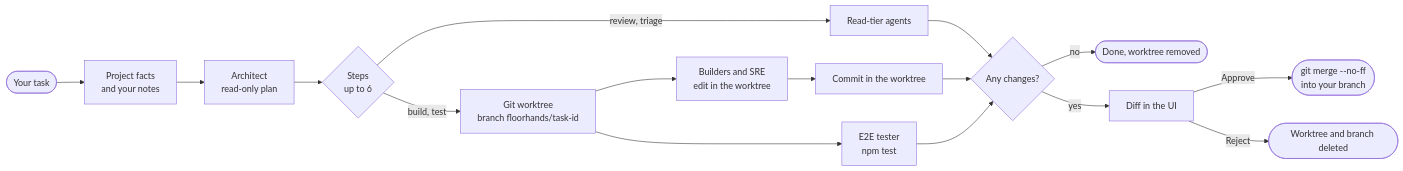
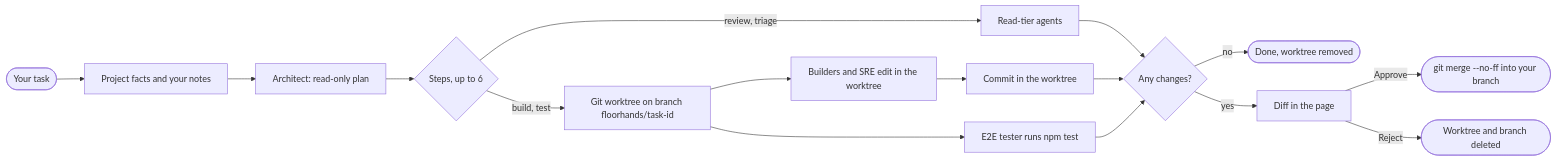
Before and after one commit to SuryaSatyaNikhil503/floorhands: the diagram in README.md, drawn with Mermaid. The commit also changed other lines of this file and 3 other files, not shown here.

````diff
--- a/README.md
+++ b/README.md
@@ -41,18 +43,18 @@
 ```mermaid
 flowchart LR
-    T([Your task]) --> F[Project facts<br/>and your notes]
-    F --> A[Architect<br/>read-only plan]
-    A --> R{Steps<br/>up to 6}
+    T([Your task]) --> F[Project facts and your notes]
+    F --> A[Architect: read-only plan]
+    A --> R{Steps, up to 6}
     R -->|review, triage| RO[Read-tier agents]
-    R -->|build, test| WT["Git worktree<br/>branch floorhands/task-id"]
-    WT --> B[Builders and SRE<br/>edit in the worktree]
-    WT --> E[E2E tester<br/>npm test]
+    R -->|build, test| WT["Git worktree on branch floorhands/task-id"]
+    WT --> B[Builders and SRE edit in the worktree]
+    WT --> E[E2E tester runs npm test]
     B --> C[Commit in the worktree]
     RO --> D{Any changes?}
     C --> D
     E --> D
     D -->|no| Done([Done, worktree removed])
-    D -->|yes| Diff[Diff in the UI]
-    Diff -->|Approve| M(["git merge --no-ff<br/>into your branch"])
+    D -->|yes| Diff[Diff in the page]
+    Diff -->|Approve| M(["git merge --no-ff into your branch"])
     Diff -->|Reject| X([Worktree and branch deleted])
 ```
````
